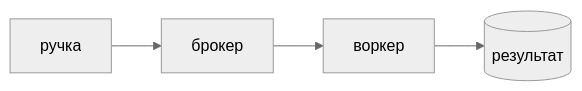
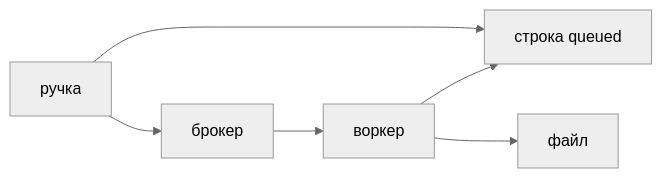
Before and after one commit to AlexanderNY/cursor_test: the diagram in nine-to-eighteen/ui/src/data/learn/python/py28-celery.md, drawn with Mermaid (neutral theme). The commit also changed other lines of this file and 40 other files, not shown here.

````diff
--- a/nine-to-eighteen/ui/src/data/learn/python/py28-celery.md
+++ b/nine-to-eighteen/ui/src/data/learn/python/py28-celery.md
@@ -52,6 +112,8 @@
 ```mermaid
 flowchart LR
-  API[ручка] --> B[брокер]
+  API[ручка] --> Row[строка queued]
+  API --> B[брокер]
   B --> W[воркер]
-  W --> DB[(результат)]
+  W --> Row
+  W --> File[файл]
 ```
````
